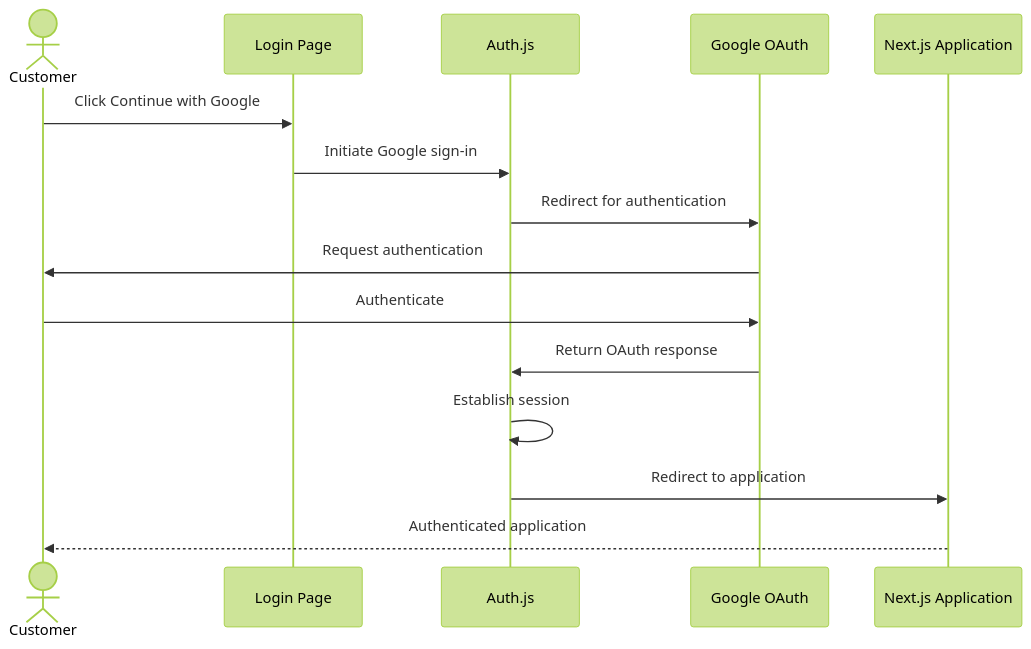
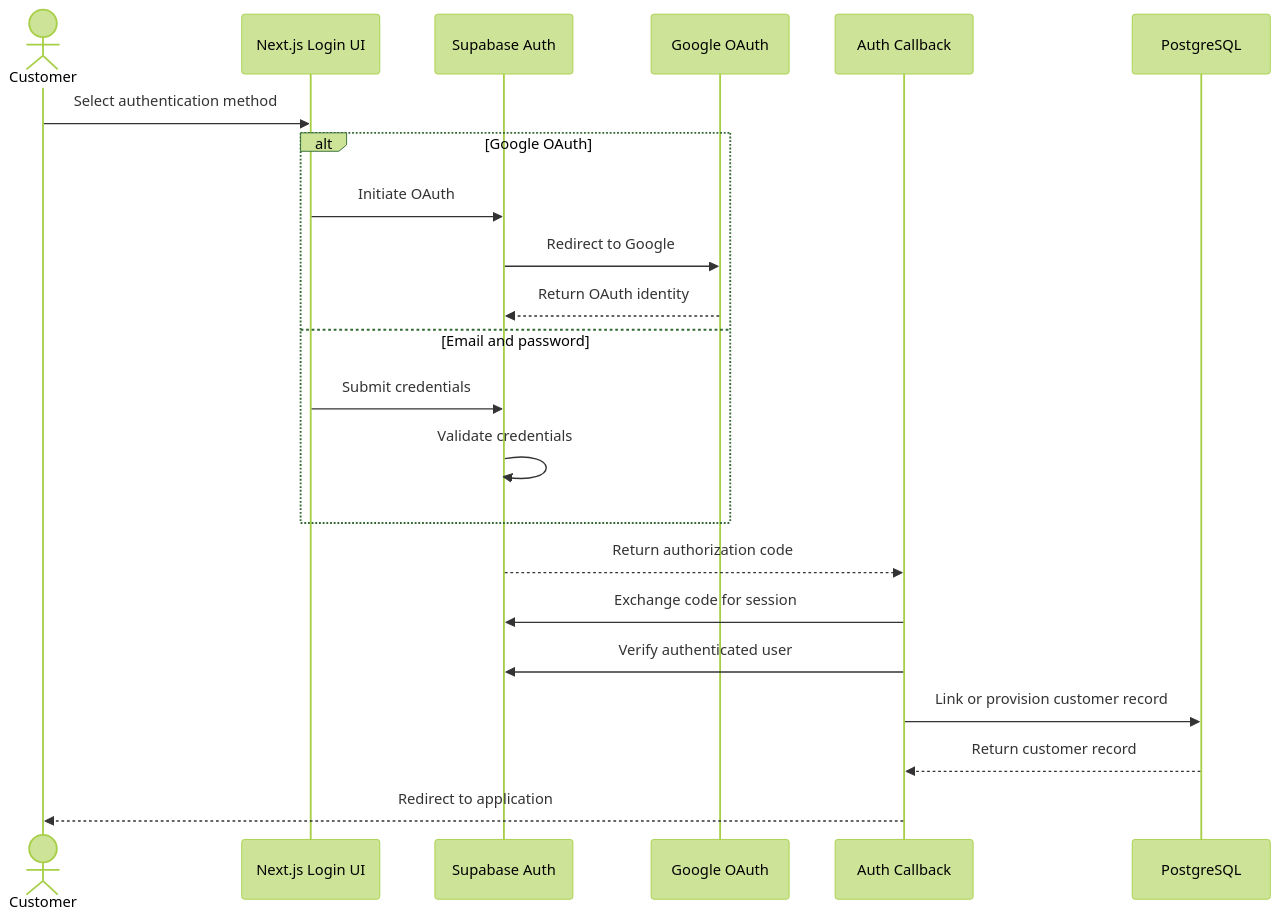
One commit to ashwin8223/tasty-treat-website changed the second of 6 diagrams in README.md. Above: the diagram before and after it, drawn with Mermaid (forest theme). The commit also changed other lines of this file and 24 other files, not shown here.

Commit message:
Implemented supabase authentication and improved responsive header and checkout UX

````diff
--- a/README.md
+++ b/README.md
@@ -129,18 +178,27 @@
 ```mermaid
 sequenceDiagram
     actor Customer
-    participant UI as Login Page
-    participant Auth as Auth.js
-    participant Google as Google OAuth
-    participant App as Next.js Application
+    participant UI as Next.js Login UI
+    participant Supabase as Supabase Auth
+    participant Provider as Google OAuth
+    participant Callback as Auth Callback
+    participant DB as PostgreSQL
 
-    Customer->>UI: Click Continue with Google
-    UI->>Auth: Initiate Google sign-in
-    Auth->>Google: Redirect for authentication
-    Google->>Customer: Request authentication
-    Customer->>Google: Authenticate
-    Google->>Auth: Return OAuth response
-    Auth->>Auth: Establish session
-    Auth->>App: Redirect to application
-    App-->>Customer: Authenticated application
+    Customer->>UI: Select authentication method
+
+    alt Google OAuth
+        UI->>Supabase: Initiate OAuth
+        Supabase->>Provider: Redirect to Google
+        Provider-->>Supabase: Return OAuth identity
+    else Email and password
+        UI->>Supabase: Submit credentials
+        Supabase->>Supabase: Validate credentials
+    end
+
+    Supabase-->>Callback: Return authorization code
+    Callback->>Supabase: Exchange code for session
+    Callback->>Supabase: Verify authenticated user
+    Callback->>DB: Link or provision customer record
+    DB-->>Callback: Return customer record
+    Callback-->>Customer: Redirect to application
 ```
````
